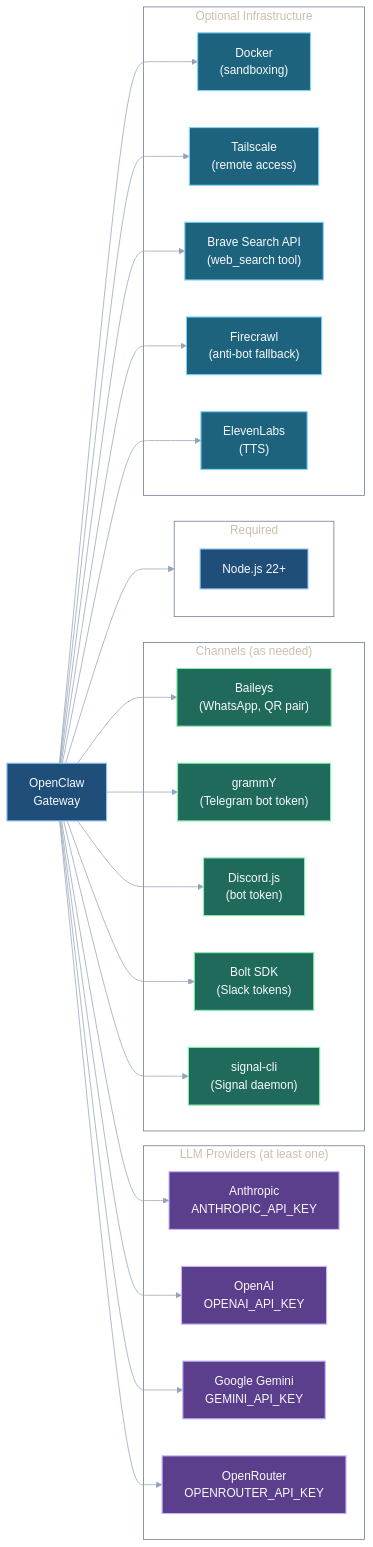
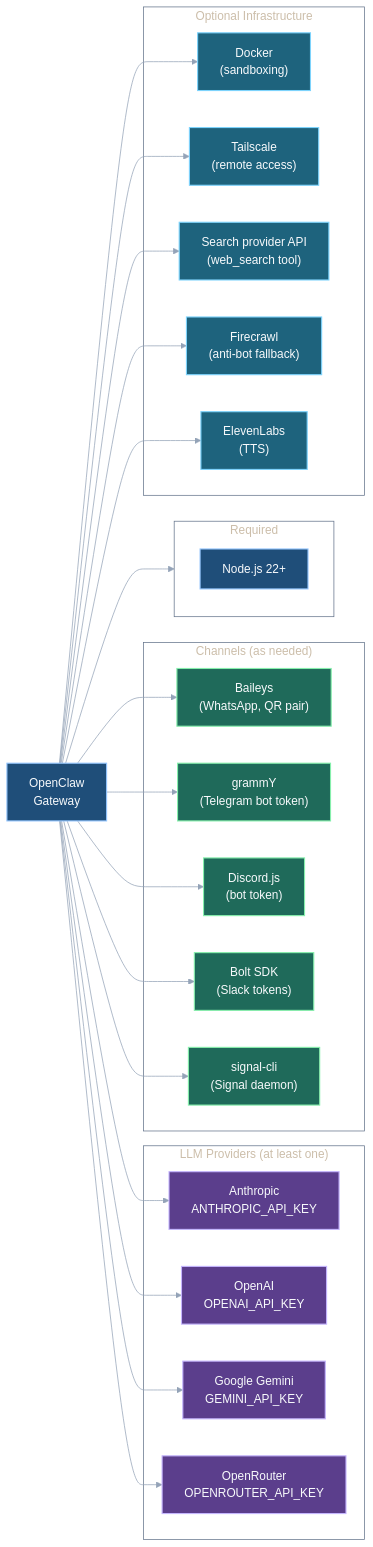
One commit to IT-HUSET/openclaw-guide changed the fourth of 17 diagrams in content/docs/architecture.md. Above: the diagram before and after it, drawn with Mermaid. The commit also changed other lines of this file and 9 other files, not shown here.

Commit message:
docs: update web search provider config

````diff
--- a/content/docs/architecture.md
+++ b/content/docs/architecture.md
@@ -255,45 +255,45 @@
 ```mermaid
 %%{init: { "theme": "base", "themeVariables": { "fontFamily": "ui-sans-serif, -apple-system, BlinkMacSystemFont, Segoe UI, Helvetica, Arial", "primaryColor": "#1F4E79", "primaryBorderColor": "#93C5FD", "primaryTextColor": "#F8FAFC", "lineColor": "#94A3B8", "secondaryColor": "#334155", "tertiaryColor": "#334155", "clusterBkg": "transparent", "clusterBorder": "#64748B", "background": "transparent" } }}%%
 graph LR
     subgraph Required
         NODE["Node.js 22+"]
     end
 
     subgraph "LLM Providers (at least one)"
         ANTH["Anthropic<br/>ANTHROPIC_API_KEY"]
         OPENAI["OpenAI<br/>OPENAI_API_KEY"]
         GEMINI["Google Gemini<br/>GEMINI_API_KEY"]
         OPENR["OpenRouter<br/>OPENROUTER_API_KEY"]
     end
 
     subgraph "Channels (as needed)"
         BAILEYS["Baileys<br/>(WhatsApp, QR pair)"]
         GRAMMY["grammY<br/>(Telegram bot token)"]
         DISCORDJS["Discord.js<br/>(bot token)"]
         BOLT["Bolt SDK<br/>(Slack tokens)"]
         SIGCLI["signal-cli<br/>(Signal daemon)"]
     end
 
     subgraph "Optional Infrastructure"
         DOCKER["Docker<br/>(sandboxing)"]
         TS_CLI["Tailscale<br/>(remote access)"]
-        BRAVE["Brave Search API<br/>(web_search tool)"]
+        SEARCH["Search provider API<br/>(web_search tool)"]
         FIRE["Firecrawl<br/>(anti-bot fallback)"]
         ELEVEN["ElevenLabs<br/>(TTS)"]
     end
 
     OC["OpenClaw<br/>Gateway"] --> Required
     OC --> ANTH & OPENAI & GEMINI & OPENR
     OC --> BAILEYS & GRAMMY & DISCORDJS & BOLT & SIGCLI
-    OC --> DOCKER & TS_CLI & BRAVE & FIRE & ELEVEN
+    OC --> DOCKER & TS_CLI & SEARCH & FIRE & ELEVEN
 
     classDef coredep fill:#1F4E79,stroke:#93C5FD,color:#F8FAFC,stroke-width:1.5px
     classDef providerdep fill:#5B3E8C,stroke:#C4B5FD,color:#F8FAFC,stroke-width:1.5px
     classDef channeldep fill:#1F6A5A,stroke:#86EFAC,color:#F8FAFC,stroke-width:1.5px
     classDef optdep fill:#1E637D,stroke:#7DD3FC,color:#F8FAFC,stroke-width:1.5px
 
     class OC,NODE coredep
     class ANTH,OPENAI,GEMINI,OPENR providerdep
     class BAILEYS,GRAMMY,DISCORDJS,BOLT,SIGCLI channeldep
-    class DOCKER,TS_CLI,BRAVE,FIRE,ELEVEN optdep
+    class DOCKER,TS_CLI,SEARCH,FIRE,ELEVEN optdep
 ```
````
